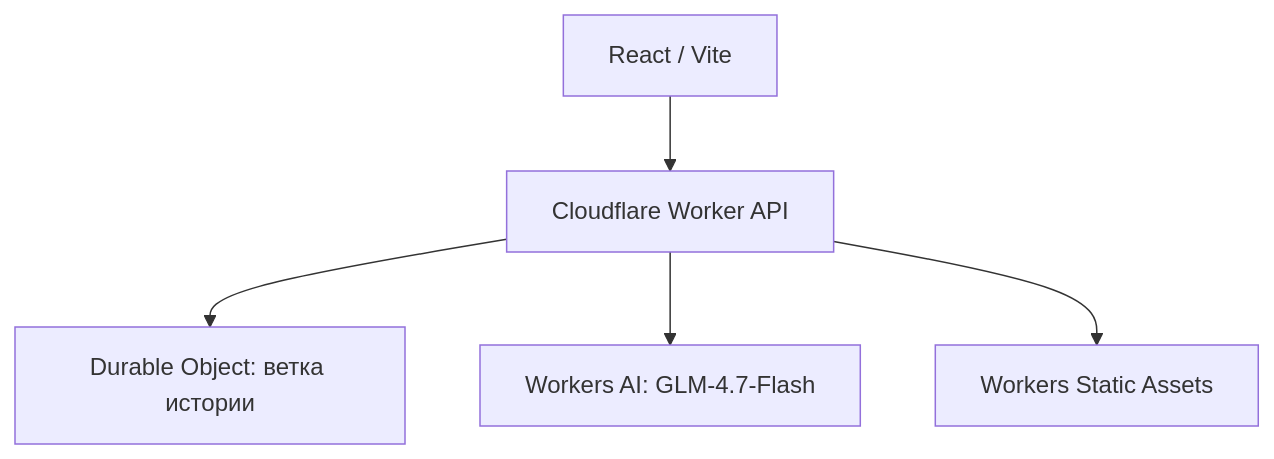
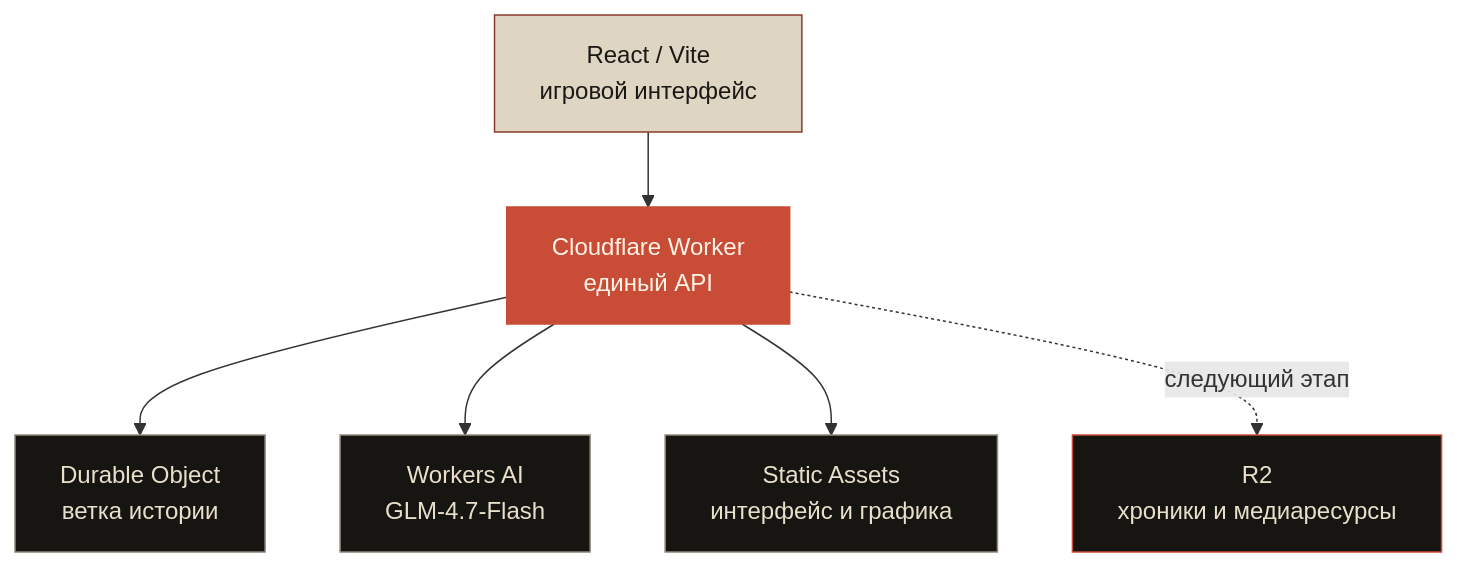
The second of 2 diagrams in README.md (conradipui-glitch/sandbox), drawn with Mermaid before and after one commit. The commit also changed other lines of this file and 1 other file, not shown here.

````diff
--- a/README.md
+++ b/README.md
@@ -18,7 +86,15 @@
 ```mermaid
 flowchart TD
-    UI[React / Vite] --> W[Cloudflare Worker API]
-    W --> DO[Durable Object: ветка истории]
-    W --> AI[Workers AI: GLM-4.7-Flash]
-    W --> AS[Workers Static Assets]
+    UI[React / Vite<br/>игровой интерфейс] --> W[Cloudflare Worker<br/>единый API]
+    W --> DO[Durable Object<br/>ветка истории]
+    W --> AI[Workers AI<br/>GLM-4.7-Flash]
+    W --> AS[Static Assets<br/>интерфейс и графика]
+    W -. следующий этап .-> R2[R2<br/>хроники и медиаресурсы]
+
+    style UI fill:#DED5C2,stroke:#8C3B2C,color:#1A1815
+    style W fill:#C94C36,stroke:#C94C36,color:#FFF4E8
+    style DO fill:#171512,stroke:#8F887B,color:#E9E0CC
+    style AI fill:#171512,stroke:#8F887B,color:#E9E0CC
+    style AS fill:#171512,stroke:#8F887B,color:#E9E0CC
+    style R2 fill:#171512,stroke:#C94C36,color:#E9E0CC
 ```
````
